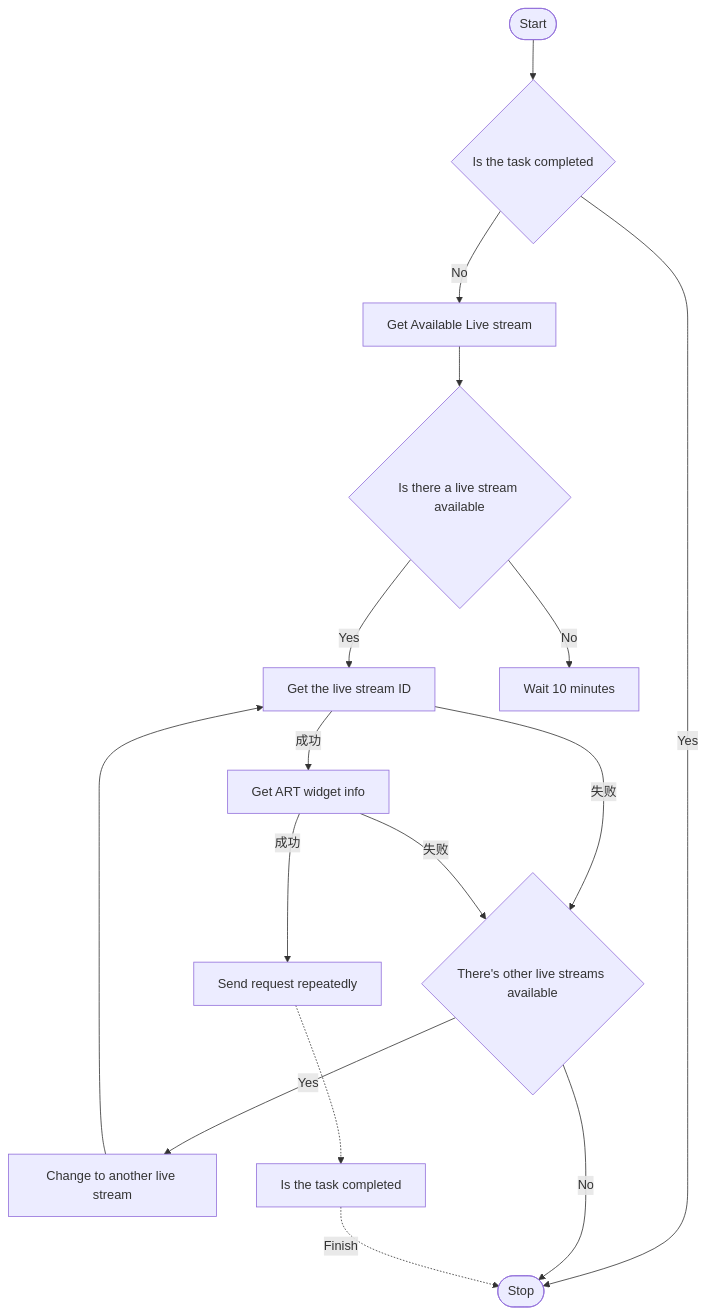
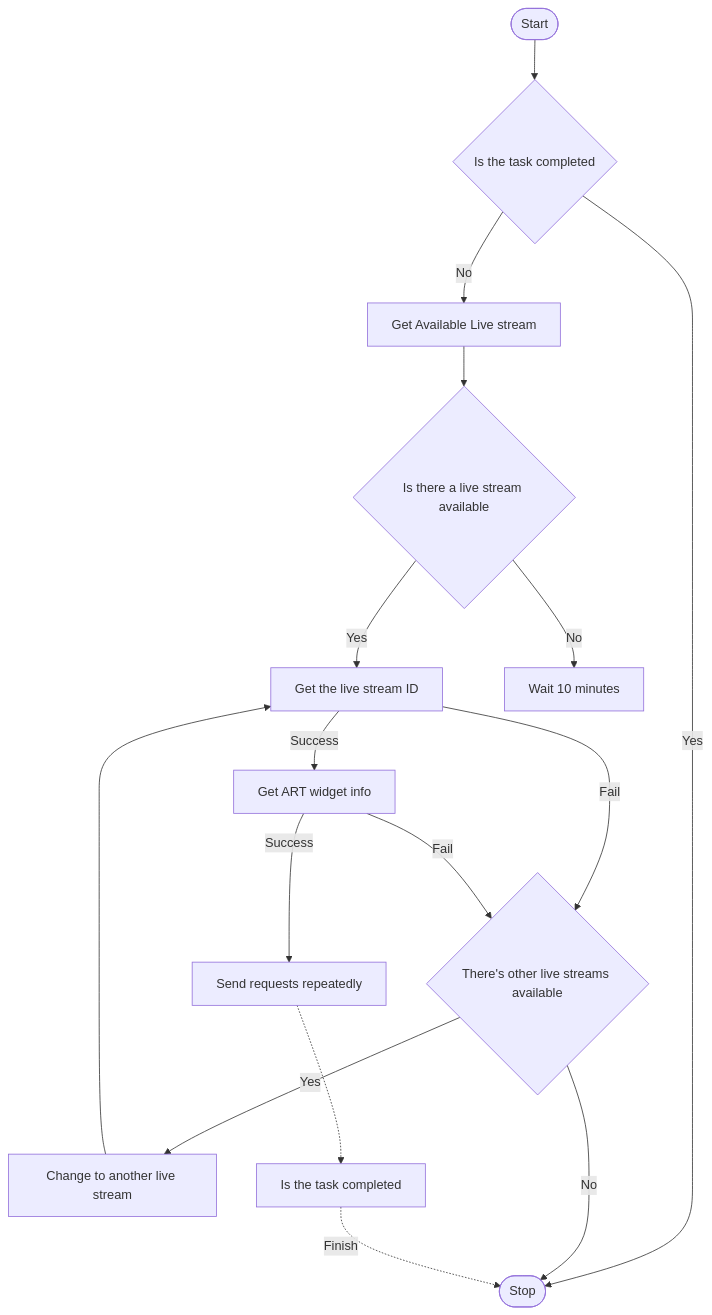
Before and after one commit to HCLonely/AWA-Helper: the third of 4 diagrams in README_EN.md, drawn with Mermaid. The commit also changed other lines of this file, not shown here.

````diff
--- a/README_EN.md
+++ b/README_EN.md
@@ -48,17 +48,17 @@
 ```mermaid
 flowchart TD
   A([Start]) --> B{Is the task completed}
   B --> |Yes| C([Stop])
   B --> |No| D[Get Available Live stream]
   D --> E{Is there a live stream available}
   E --> |Yes| F[Get the live stream ID]
   E --> |No| G[Wait 10 minutes]
-  F --> |失败| K{There's other live streams available}
+  F --> |Fail| K{There's other live streams available}
   K --> |Yes| H[Change to another live stream]
   K --> |No| C
   H --> F
-  F --> |成功| I[Get ART widget info]
-  I --> |失败| K
-  I --> |成功| J[Send request repeatedly]
+  F --> |Success| I[Get ART widget info]
+  I --> |Fail| K
+  I --> |Success| J[Send requests repeatedly]
   J -.-> L[Is the task completed] -. Finish .-> C
 ```
````
